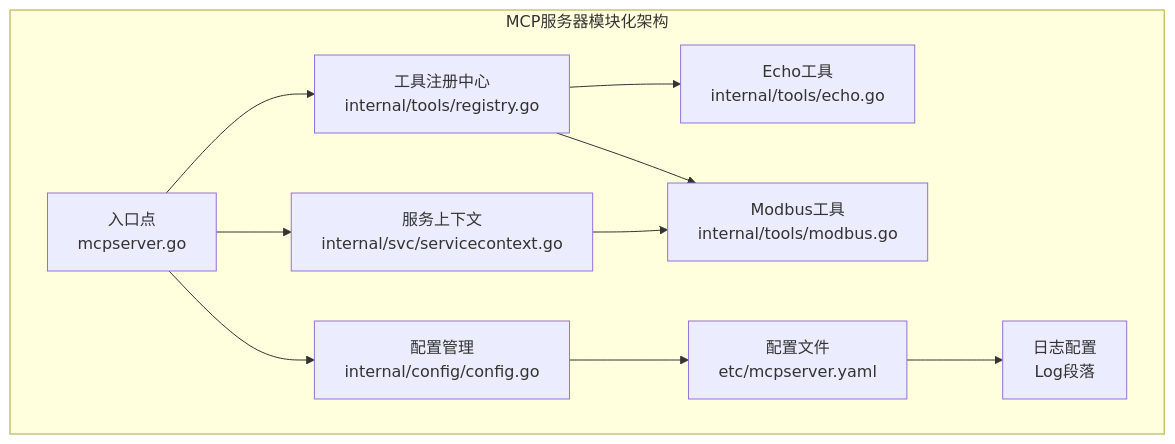
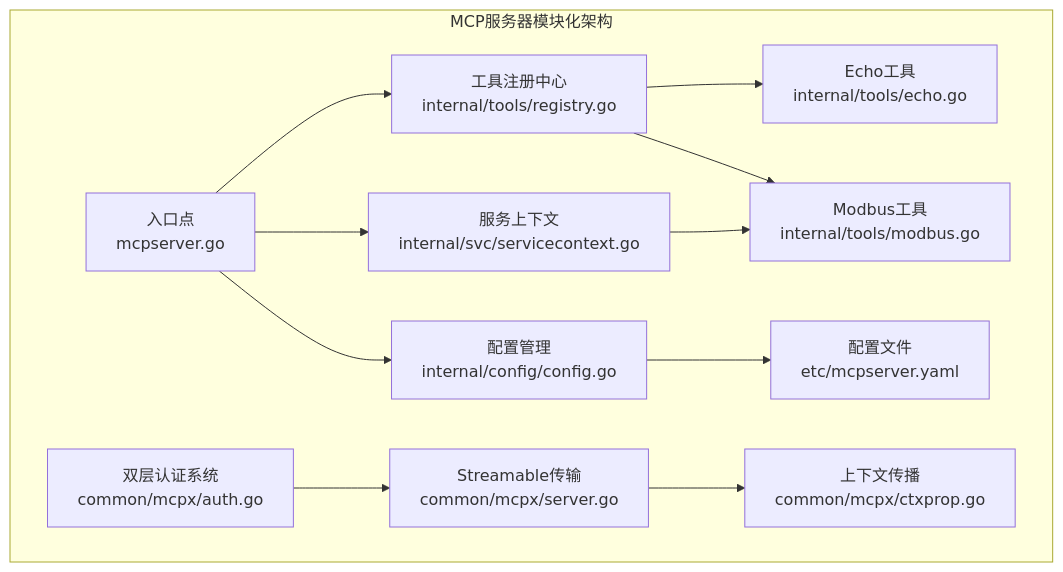
The first of 8 diagrams in .qoder/repowiki/zh/content/AI应用模块/MCP服务器.md (maomao94/zero-service), drawn with Mermaid before and after one commit. The commit also changed other lines of this file and 11 other files, not shown here.

````diff
--- a/.qoder/repowiki/zh/content/AI应用模块/MCP服务器.md
+++ b/.qoder/repowiki/zh/content/AI应用模块/MCP服务器.md
@@ -104,21 +116,24 @@
 ```mermaid
 graph TB
 subgraph "MCP服务器模块化架构"
 CFG["配置管理<br/>internal/config/config.go"]
 CTX["服务上下文<br/>internal/svc/servicecontext.go"]
 REG["工具注册中心<br/>internal/tools/registry.go"]
 ECHO["Echo工具<br/>internal/tools/echo.go"]
 MODBUS["Modbus工具<br/>internal/tools/modbus.go"]
 ENTRY["入口点<br/>mcpserver.go"]
 CONF["配置文件<br/>etc/mcpserver.yaml"]
-LOG["日志配置<br/>Log段落"]
+AUTH["双层认证系统<br/>common/mcpx/auth.go"]
+STREAM["Streamable传输<br/>common/mcpx/server.go"]
+CTXPROP["上下文传播<br/>common/mcpx/ctxprop.go"]
 end
 ENTRY --> CFG
 ENTRY --> CTX
 ENTRY --> REG
 REG --> ECHO
 REG --> MODBUS
 CTX --> MODBUS
 CFG --> CONF
-CONF --> LOG
+AUTH --> STREAM
+STREAM --> CTXPROP
 ```
````
